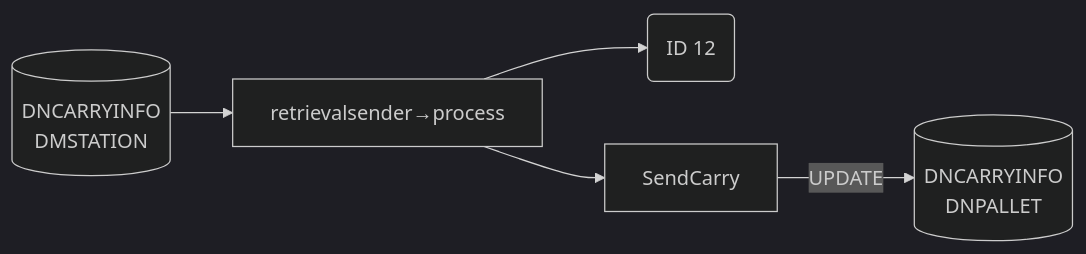
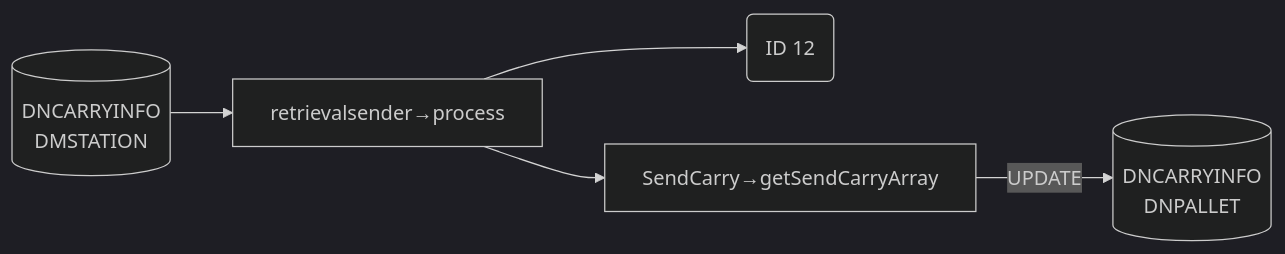
One commit to luthfiadityaa/SimeDarby-Wiki changed the tenth of 15 diagrams in Basic-Design/DFD-WMS/Retrieval/Stacked-Empty-Pallet.md. Above: the diagram before and after it, drawn with Mermaid (dark theme).

Commit message:
Updated Stacked Empty Pallet

```diff
--- a/Basic-Design/DFD-WMS/Retrieval/Stacked-Empty-Pallet.md
+++ b/Basic-Design/DFD-WMS/Retrieval/Stacked-Empty-Pallet.md
@@ -358,20 +358,20 @@
 ::: mermaid
 flowchart LR
 
 retrievalsender-input[("
 DNCARRYINFO
 DMSTATION
 ")]
 
 retrievalsender-update[("
 DNCARRYINFO
 DNPALLET
 ")]
 
 id12msg("
 ID 12
 ")
 
-retrievalsender-input--> P1[retrievalsender→process]-->P2[SendCarry]--> |UPDATE| retrievalsender-update
+retrievalsender-input--> P1[retrievalsender→process]-->P2[SendCarry→getSendCarryArray]--> |UPDATE| retrievalsender-update
 P1-->id12msg
 :::
```
